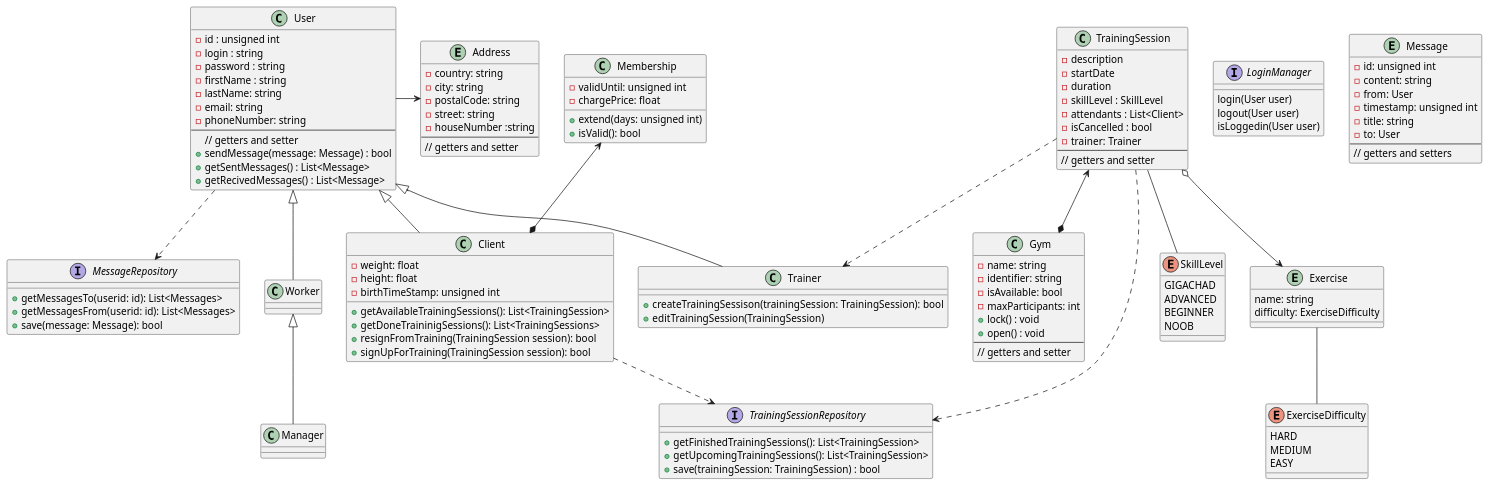
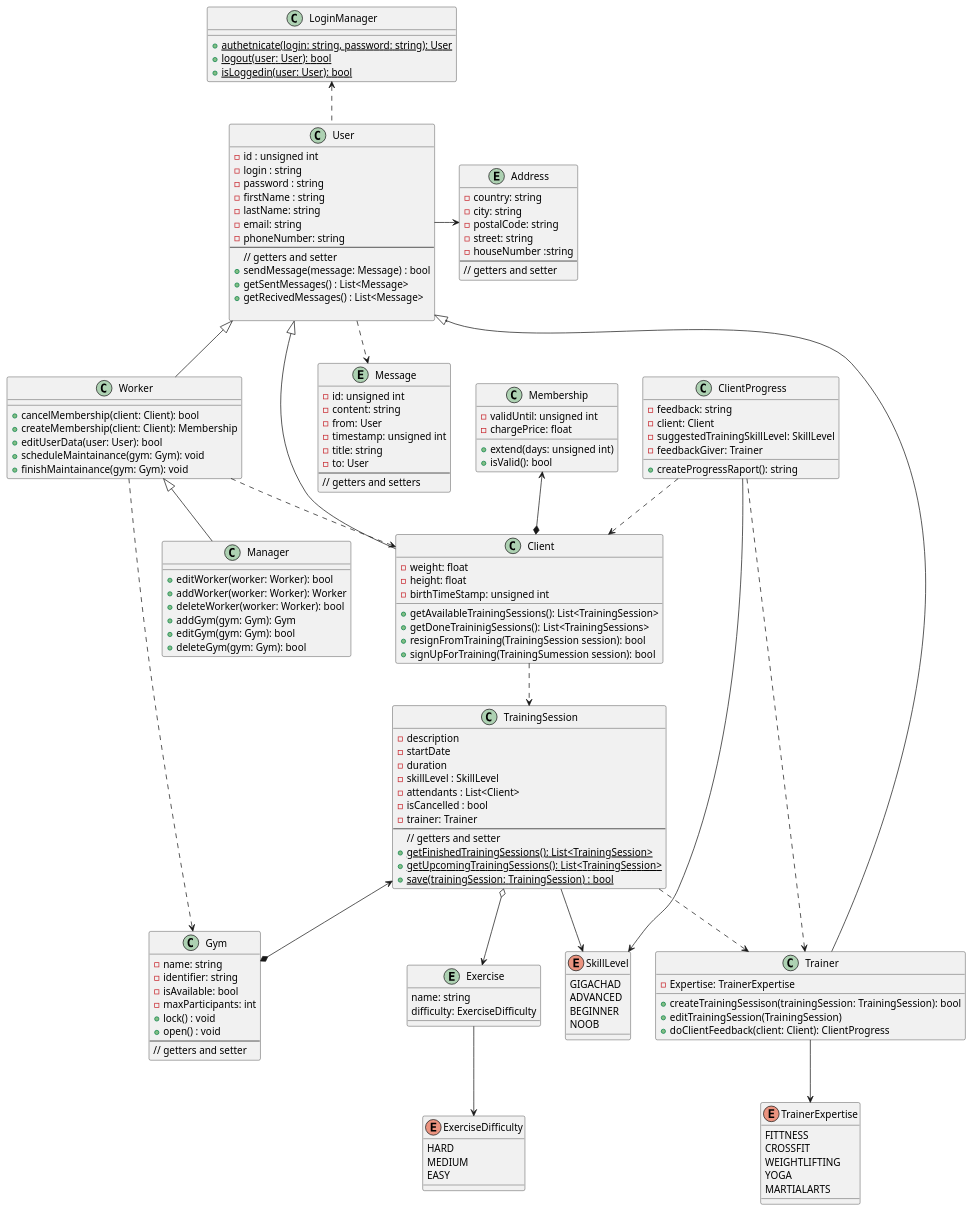
The diagram in src/class_diagram/class_diagram.puml (filip-stepien/software-engineering-lab), drawn with PlantUML before and after one commit.

Commit message:
almost done (hopefully)

```diff
--- a/src/class_diagram/class_diagram.puml
+++ b/src/class_diagram/class_diagram.puml
@@ -1,143 +1,181 @@
 @startuml
 
-interface LoginManager{
-    login(User user)
-    logout(User user)
-    isLoggedin(User user)
+class LoginManager{
+    + {static} authetnicate(login: string, password: string): User
+    + {static} logout(user: User): bool
+    + {static} isLoggedin(user: User): bool
 }
 
 entity Address {
   - country: string
   - city: string
   - postalCode: string
   - street: string
   - houseNumber :string
   --
   // getters and setter
 }
 
 entity Message{
     - id: unsigned int
     - content: string
     - from: User
     - timestamp: unsigned int
     - title: string
     - to: User
     --
     // getters and setters
 }
 
-interface MessageRepository{
-  + getMessagesTo(userid: id): List<Messages>
-  + getMessagesFrom(userid: id): List<Messages>
-  + save(message: Message): bool
-}
-
-User -.> MessageRepository
 
 class User {
   - id : unsigned int
   - login : string
   - password : string
   - firstName : string
   - lastName: string
   - email: string
   - phoneNumber: string
   --
   // getters and setter
   + sendMessage(message: Message) : bool
   + getSentMessages() : List<Message>
   + getRecivedMessages() : List<Message> 
+
 }
 
 class Membership {
   - validUntil: unsigned int
   - chargePrice: float
   + extend(days: unsigned int)
   + isValid(): bool
 }
 
 class Gym {
   - name: string
   - identifier: string
   - isAvailable: bool
   - maxParticipants: int
   + lock() : void
   + open() : void
   --
   // getters and setter
 }
 
 class TrainingSession {
   - description
   - startDate
   - duration
   - skillLevel : SkillLevel
   - attendants : List<Client>
   - isCancelled : bool
   - trainer: Trainer
   --
   // getters and setter
-}
-
-interface TrainingSessionRepository {
-    + getFinishedTrainingSessions(): List<TrainingSession>
-    + getUpcomingTrainingSessions(): List<TrainingSession>
-    + save(trainingSession: TrainingSession) : bool
+    + {static} getFinishedTrainingSessions(): List<TrainingSession>
+    + {static} getUpcomingTrainingSessions(): List<TrainingSession>
+    + {static} save(trainingSession: TrainingSession) : bool
 }
 
 class Trainer{
+  - Expertise: TrainerExpertise
   + createTrainingSessison(trainingSession: TrainingSession): bool
   + editTrainingSession(TrainingSession)
+  + doClientFeedback(client: Client): ClientProgress
+  
 }
 
-TrainingSession -.> TrainingSessionRepository
+class ClientProgress{
+  - feedback: string
+  - client: Client
+  - suggestedTrainingSkillLevel: SkillLevel
+  - feedbackGiver: Trainer
+  + createProgressRaport(): string
+}
+
+ClientProgress -.> Trainer 
+ClientProgress --> SkillLevel
+ClientProgress -.> Client
+
 
 TrainingSession -.> Trainer
 TrainingSession <--* Gym
+User -.> Message
+LoginManager <.- User
 
-TrainingSession -- SkillLevel
+
+TrainingSession --> SkillLevel
 
 enum SkillLevel{
     GIGACHAD
     ADVANCED
     BEGINNER
     NOOB
 }
 
 enum ExerciseDifficulty{
     HARD
     MEDIUM
     EASY
 }
 
 entity Exercise{
     name: string
     difficulty: ExerciseDifficulty
 }
 
-Exercise -- ExerciseDifficulty
+enum TrainerExpertise{
+  FITTNESS
+  CROSSFIT
+  WEIGHTLIFTING
+  YOGA
+  MARTIALARTS
+}
+
+Trainer --> TrainerExpertise
+
+Exercise --> ExerciseDifficulty
 
 TrainingSession o--> Exercise
 
 class Client {
     - weight: float
     - height: float
     - birthTimeStamp: unsigned int
     + getAvailableTrainingSessions(): List<TrainingSession>
     + getDoneTraininigSessions(): List<TrainingSessions>
     + resignFromTraining(TrainingSession session): bool
-    + signUpForTraining(TrainingSession session): bool
+    + signUpForTraining(TrainingSumession session): bool
 }
-Client -.> TrainingSessionRepository
 
+class Worker{
+  + cancelMembership(client: Client): bool
+  + createMembership(client: Client): Membership
+  + editUserData(user: User): bool
+  + scheduleMaintainance(gym: Gym): void
+  + finishMaintainance(gym: Gym): void
+}
+
+Worker -.> Client
+Worker -.> Gym
+
+class Manager{
+  + editWorker(worker: Worker): bool
+  + addWorker(worker: Worker): Worker
+  + deleteWorker(worker: Worker): bool
+  + addGym(gym: Gym): Gym
+  + editGym(gym: Gym): bool
+  + deleteGym(gym: Gym): bool
+}
+
+Client -.> TrainingSession
 
 Membership <--* Client
 User -> Address
 
 User <|-- Client
 Worker <|-- Manager
 User <|-- Trainer
 User <|-- Worker
 
 @enduml
```
